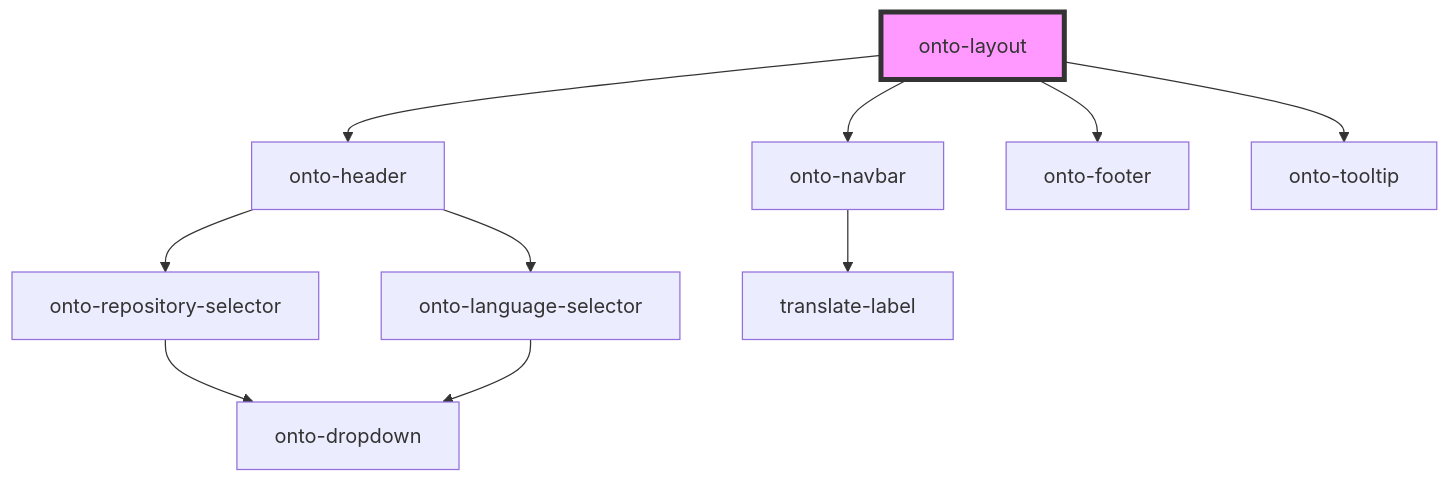
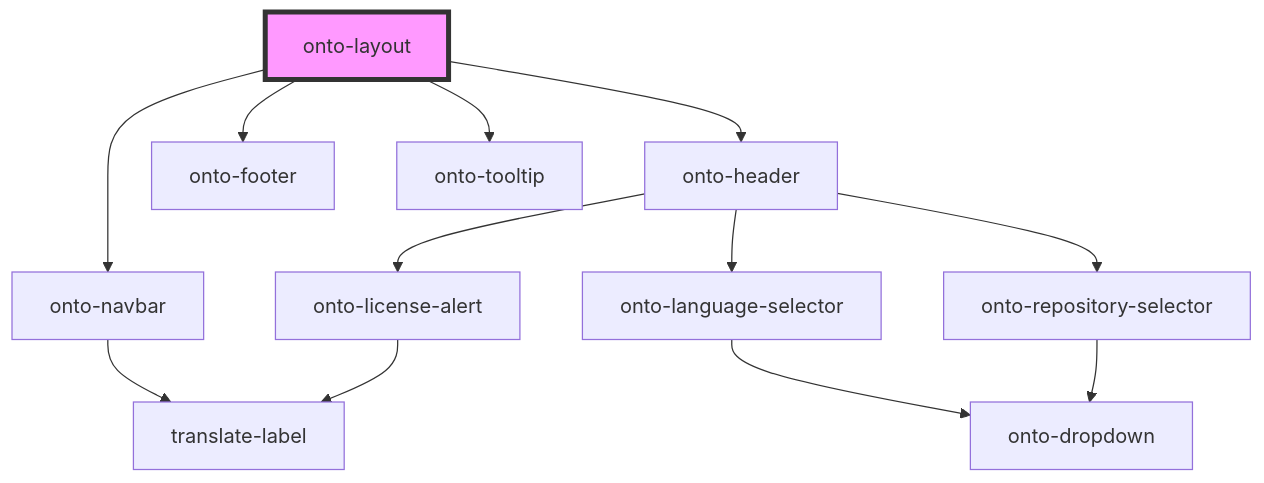
The diagram in packages/shared-components/src/components/onto-layout/readme.md (Ontotext-AD/graphdb-workbench), drawn with Mermaid before and after one commit. The commit also changed 42 other files, not shown here.

First line of the commit message:
Migrate license alert component

````diff
--- a/packages/shared-components/src/components/onto-layout/readme.md
+++ b/packages/shared-components/src/components/onto-layout/readme.md
@@ -18,13 +18,15 @@
 ```mermaid
 graph TD;
   onto-layout --> onto-header
   onto-layout --> onto-navbar
   onto-layout --> onto-footer
   onto-layout --> onto-tooltip
+  onto-header --> onto-license-alert
   onto-header --> onto-repository-selector
   onto-header --> onto-language-selector
+  onto-license-alert --> translate-label
   onto-repository-selector --> onto-dropdown
   onto-language-selector --> onto-dropdown
   onto-navbar --> translate-label
   style onto-layout fill:#f9f,stroke:#333,stroke-width:4px
 ```
````
